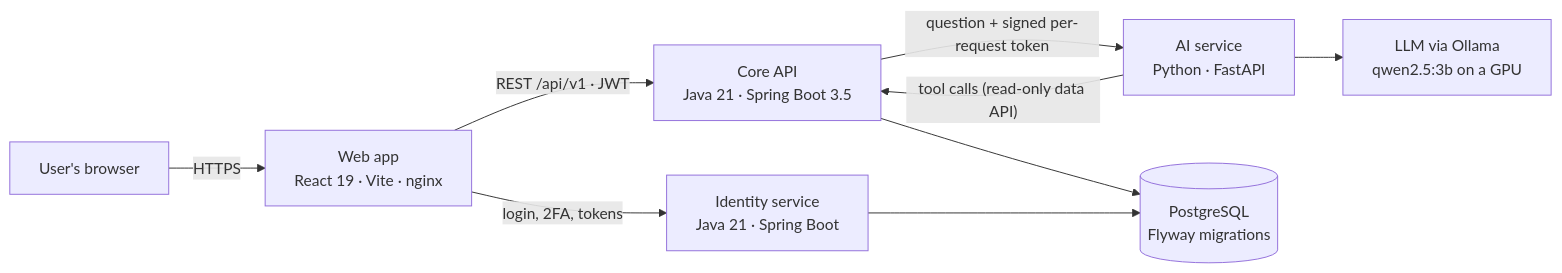
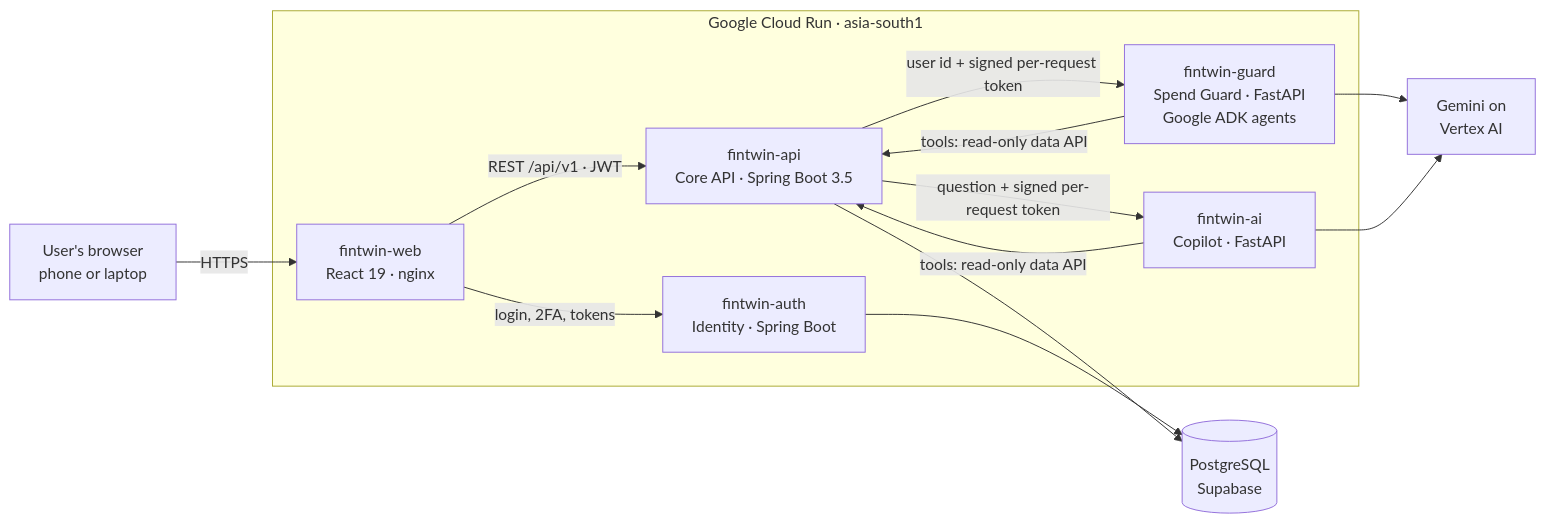
One commit to SYEDMDSAAD/FinTwin.ai changed the diagram in README.md. Above: the diagram before and after it, drawn with Mermaid. The commit also changed other lines of this file and 5 other files, not shown here.

First line of the commit message:
docs: README for the Cloud Run build, Spend Guard and Google AI

````diff
--- a/README.md
+++ b/README.md
@@ -37,11 +82,21 @@
 ```mermaid
 flowchart LR
-    U["User's browser"] -->|HTTPS| W["Web app<br/>React 19 · Vite · nginx"]
-    W -->|"login, 2FA, tokens"| I["Identity service<br/>Java 21 · Spring Boot"]
-    W -->|"REST /api/v1 · JWT"| A["Core API<br/>Java 21 · Spring Boot 3.5"]
-    A -->|"question + signed per-request token"| AI["AI service<br/>Python · FastAPI"]
-    AI -->|"tool calls (read-only data API)"| A
-    AI --> M["LLM via Ollama<br/>qwen2.5:3b on a GPU"]
-    A --> DB[("PostgreSQL<br/>Flyway migrations")]
+    U["User's browser<br/>phone or laptop"] -->|HTTPS| W
+    subgraph CR["Google Cloud Run · asia-south1"]
+        W["fintwin-web<br/>React 19 · nginx"]
+        I["fintwin-auth<br/>Identity · Spring Boot"]
+        A["fintwin-api<br/>Core API · Spring Boot 3.5"]
+        G["fintwin-guard<br/>Spend Guard · FastAPI<br/>Google ADK agents"]
+        AI["fintwin-ai<br/>Copilot · FastAPI"]
+    end
+    W -->|"login, 2FA, tokens"| I
+    W -->|"REST /api/v1 · JWT"| A
+    A -->|"user id + signed per-request token"| G
+    A -->|"question + signed per-request token"| AI
+    G -->|"tools: read-only data API"| A
+    AI -->|"tools: read-only data API"| A
+    G --> V["Gemini on<br/>Vertex AI"]
+    AI --> V
+    A --> DB[("PostgreSQL<br/>Supabase")]
     I --> DB
 ```
````
